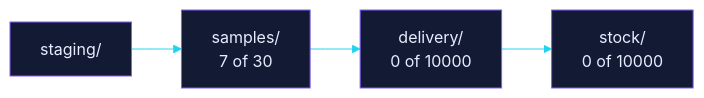
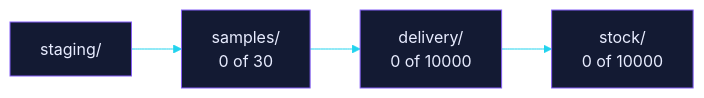
The diagram in README.md (EtharaLabs/mephisto-samples), drawn with Mermaid before and after one commit. The commit also changed other lines of this file, not shown here.

````diff
--- a/README.md
+++ b/README.md
@@ -100,8 +43,8 @@
 ```mermaid
 %%{init: {"theme":"base","themeVariables":{"primaryColor":"#131a33","primaryTextColor":"#e8ecff","primaryBorderColor":"#845EF7","lineColor":"#22d3ee","fontFamily":"monospace"}}}%%
 flowchart LR
     staging["staging/"]
-    staging --> samples["samples/<br/>7 of 30"]
+    staging --> samples["samples/<br/>0 of 30"]
     samples --> delivery["delivery/<br/>0 of 10000"]
     delivery --> stock["stock/<br/>0 of 10000"]
 ```
````
